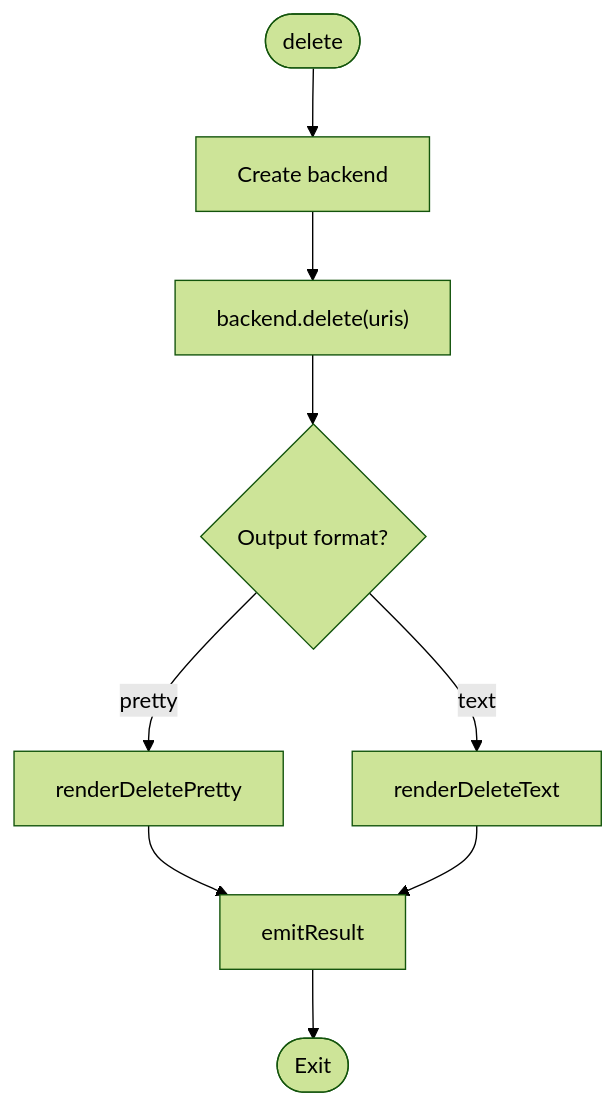
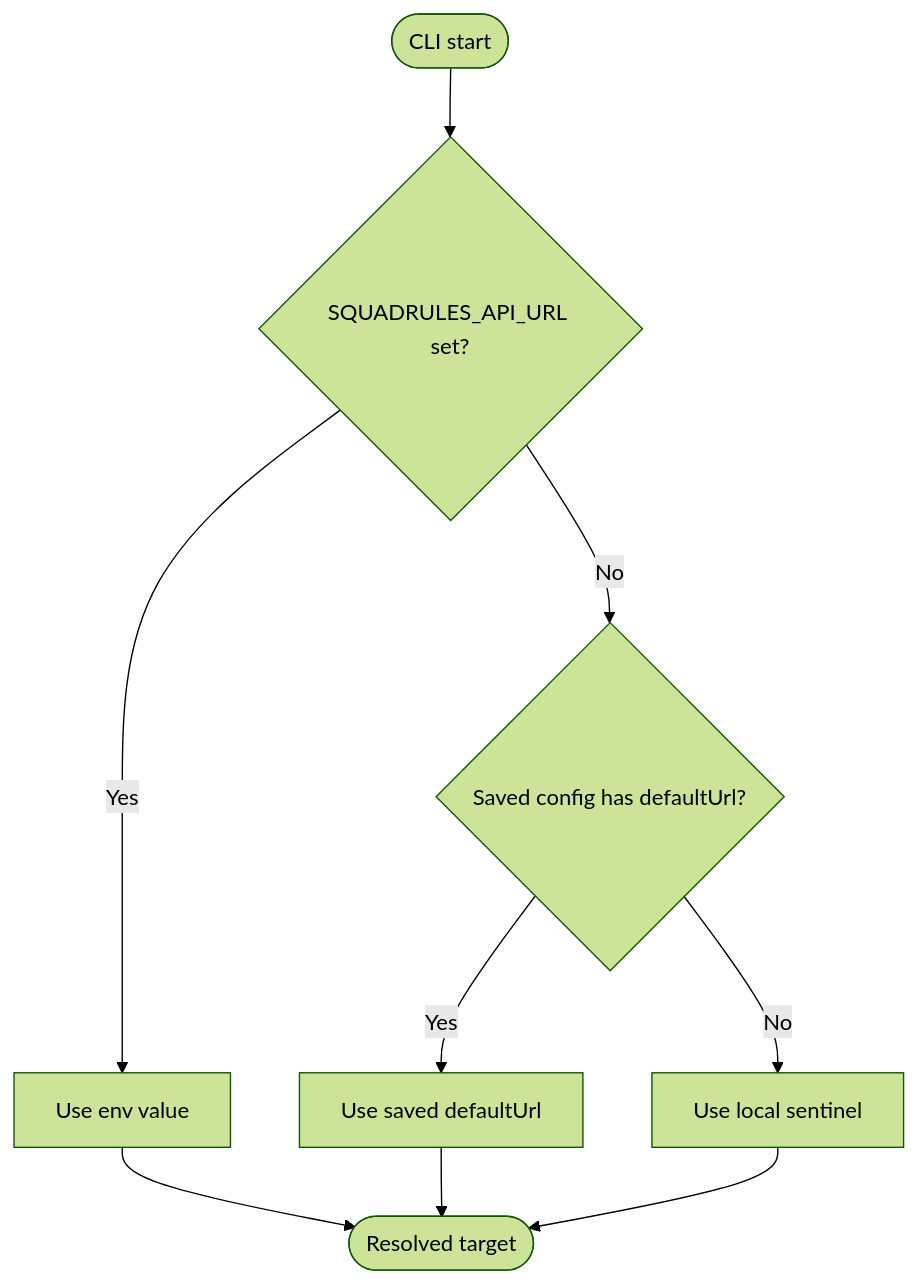
Before and after one commit to SquadRules/mcp: the third of 5 diagrams in .qoder/repowiki/en/content/CLI Interface.md, drawn with Mermaid (forest theme). The commit also changed other lines of this file and 602 other files, not shown here.

````diff
--- a/.qoder/repowiki/en/content/CLI Interface.md
+++ b/.qoder/repowiki/en/content/CLI Interface.md
@@ -242,11 +134,11 @@
 ```mermaid
 flowchart TD
-Start(["delete"]) --> Backend["Create backend"]
-Backend --> Call["backend.delete(uris)"]
-Call --> Format{"Output format?"}
-Format --> |pretty| Pretty["renderDeletePretty"]
-Format --> |text| Text["renderDeleteText"]
-Pretty --> Emit["emitResult"]
-Text --> Emit
-Emit --> End(["Exit"])
+Start(["CLI start"]) --> EnvCheck{"SQUADRULES_API_URL set?"}
+EnvCheck --> |Yes| UseEnv["Use env value"]
+EnvCheck --> |No| FileCheck{"Saved config has defaultUrl?"}
+FileCheck --> |Yes| UseFile["Use saved defaultUrl"]
+FileCheck --> |No| Local["Use local sentinel"]
+UseEnv --> End(["Resolved target"])
+UseFile --> End
+Local --> End
 ```
````
